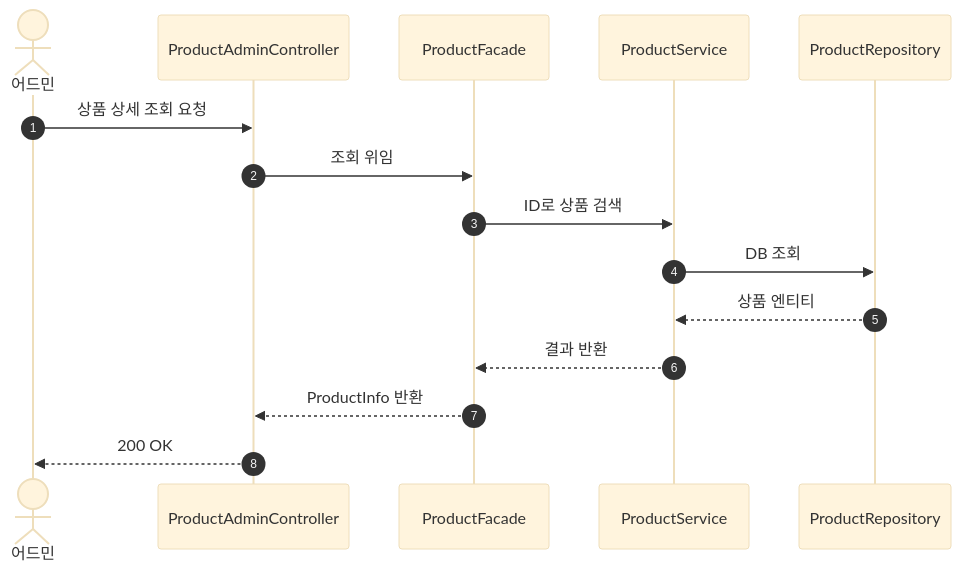
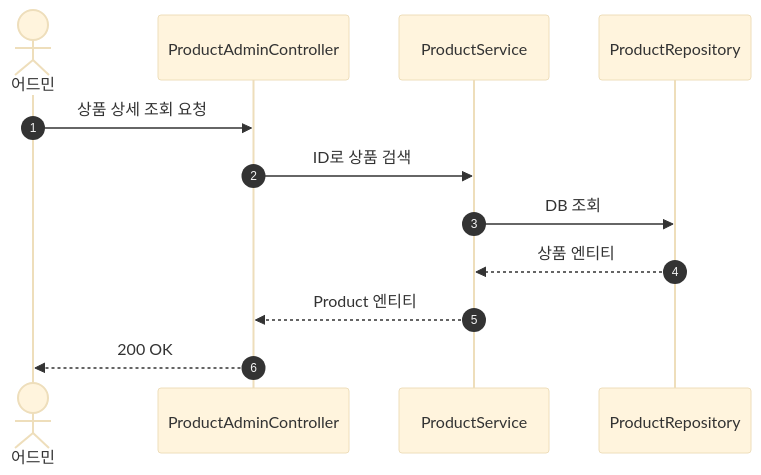
Before and after one commit to Loopers-dev-lab/loop-pack-be-l2-vol3-kotlin: the tenth of 21 diagrams in docs/design-v2/02-sequence-diagrams-v2.md, drawn with Mermaid (base theme). The commit also changed other lines of this file and 6 other files, not shown here.

First line of the commit message:
docs: v2 설계 문서 2차 리뷰 반영 — 6건 이슈 해소, 플로우차트·마인드맵 추가

````diff
--- a/docs/design-v2/02-sequence-diagrams-v2.md
+++ b/docs/design-v2/02-sequence-diagrams-v2.md
@@ -274,17 +253,14 @@
 ```mermaid
 sequenceDiagram
     autonumber
     actor Admin as 어드민
     participant C as ProductAdminController
-    participant F as ProductFacade
     participant S as ProductService
     participant R as ProductRepository
     Admin ->> C: 상품 상세 조회 요청
-    C ->> F: 조회 위임
-    F ->> S: ID로 상품 검색
+    C ->> S: ID로 상품 검색
     S ->> R: DB 조회
     R -->> S: 상품 엔티티
-    S -->> F: 결과 반환
-    F -->> C: ProductInfo 반환
+    S -->> C: Product 엔티티
     C -->> Admin: 200 OK
 ```
````
